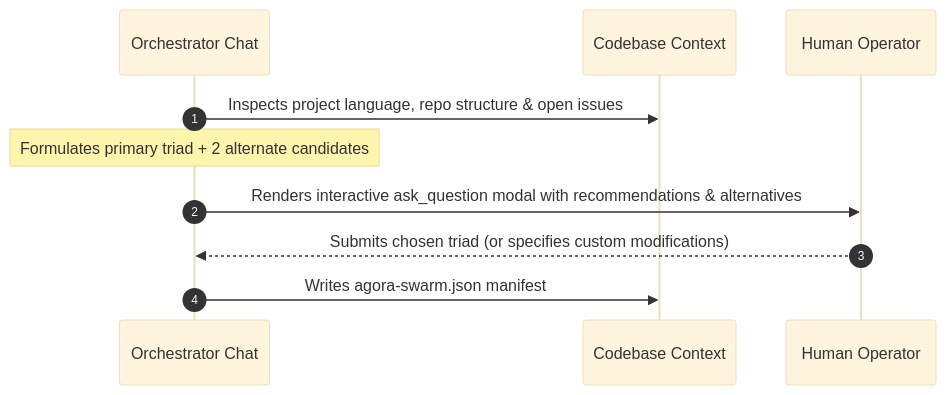
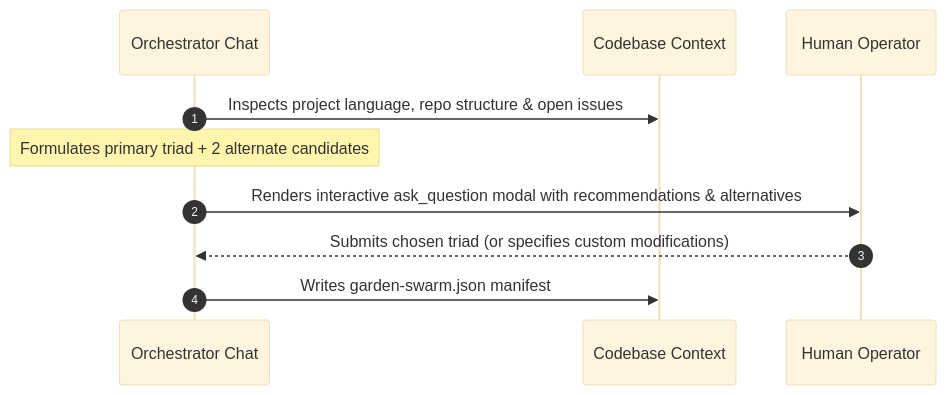
The second of 2 diagrams in skills/choose-personas/SKILL.md (axiomantic/garden), drawn with Mermaid (base theme) before and after one commit. The commit also changed other lines of this file and 12 other files, not shown here.

Commit message:
feat(garden): rename project from agora to garden, integrate rhizo and vine

````diff
--- a/skills/choose-personas/SKILL.md
+++ b/skills/choose-personas/SKILL.md
@@ -55,13 +55,13 @@
 ```mermaid
 sequenceDiagram
     autonumber
     participant Orch as Orchestrator Chat
     participant Repo as Codebase Context
     participant User as Human Operator
 
     Orch->>Repo: Inspects project language, repo structure & open issues
     Note over Orch: Formulates primary triad + 2 alternate candidates
     Orch->>User: Renders interactive ask_question modal with recommendations & alternatives
     User-->>Orch: Submits chosen triad (or specifies custom modifications)
-    Orch->>Repo: Writes agora-swarm.json manifest
+    Orch->>Repo: Writes garden-swarm.json manifest
 ```
````
